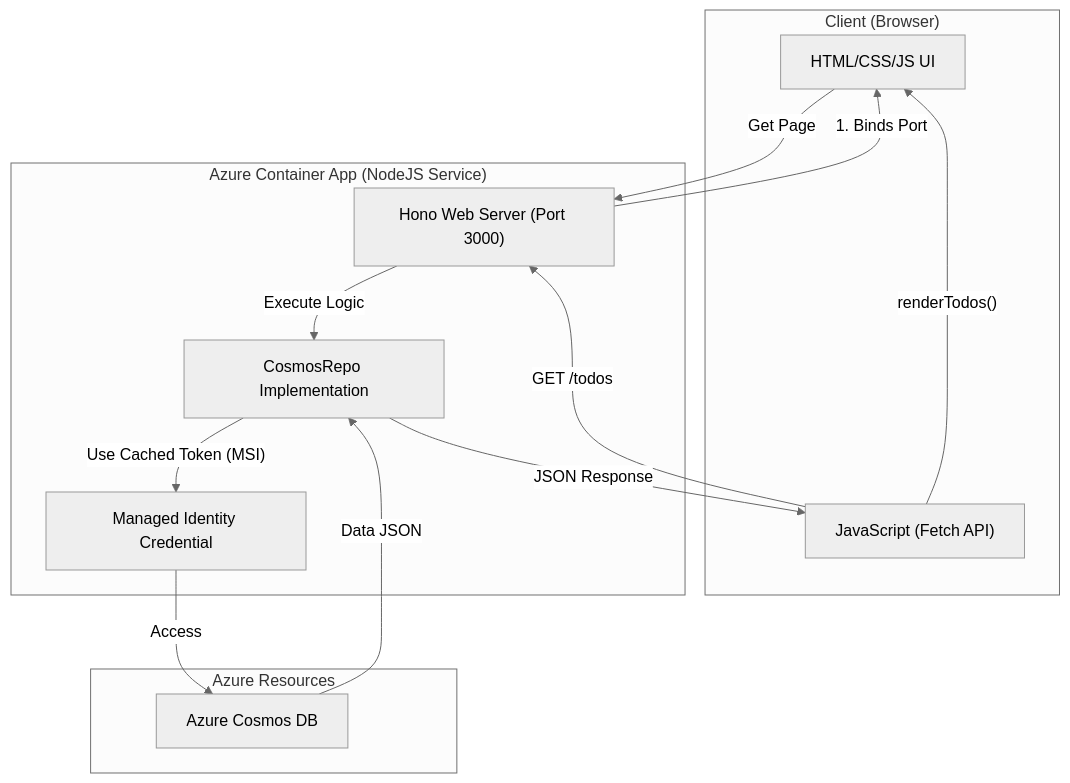
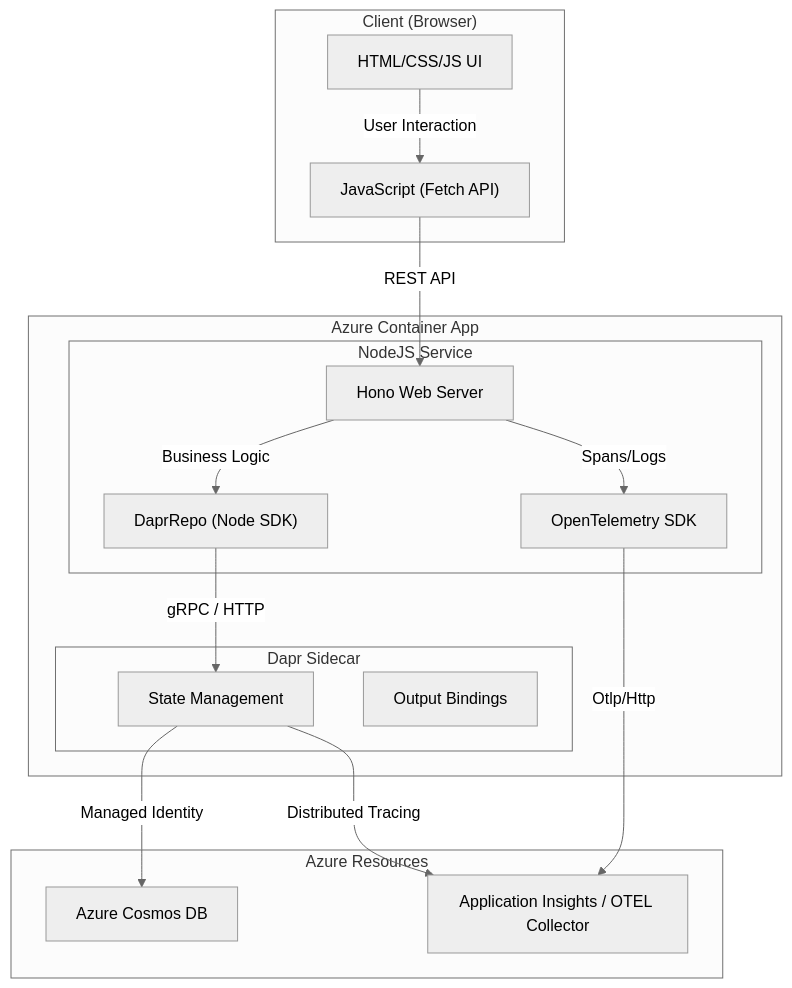
One commit to yoonghan/az-walcron changed the diagram in README.md. Above: the diagram before and after it, drawn with Mermaid (neutral theme). The commit also changed other lines of this file, not shown here.

Commit message:
Update flow.

````diff
--- a/README.md
+++ b/README.md
@@ -56,30 +55,37 @@
 ```mermaid
 graph TD
     subgraph "Client (Browser)"
         UI["HTML/CSS/JS UI"]
         JS["JavaScript (Fetch API)"]
     end
 
-    subgraph "Azure Container App (NodeJS Service)"
-        Hono["Hono Web Server (Port 3000)"]
-        Repo["CosmosRepo Implementation"]
-        Auth["Managed Identity Credential"]
+    subgraph "Azure Container App"
+        subgraph "NodeJS Service"
+            Hono["Hono Web Server"]
+            Repo["DaprRepo (Node SDK)"]
+            OTEL["OpenTelemetry SDK"]
+        end
+        
+        subgraph "Dapr Sidecar"
+            State["State Management"]
+            Binding["Output Bindings"]
+        end
     end
 
     subgraph "Azure Resources"
         Cosmos["Azure Cosmos DB"]
+        AppInsights["Application Insights / OTEL Collector"]
     end
 
-    %% Initialization Flow
-    Hono -- "1. Binds Port" --> UI
-
     %% Request Flow
-    UI -- "Get Page" --> Hono
-    JS -- "GET /todos" --> Hono
-    Hono -- "Execute Logic" --> Repo
-    Repo -- "Use Cached Token (MSI)" --> Auth
-    Auth -- "Access" --> Cosmos
-    Cosmos -- "Data JSON" --> Repo
-    Repo -- "JSON Response" --> JS
-    JS -- "renderTodos()" --> UI
+    UI -- "User Interaction" --> JS
+    JS -- "REST API" --> Hono
+    Hono -- "Business Logic" --> Repo
+    Repo -- "gRPC / HTTP" --> State
+    State -- "Managed Identity" --> Cosmos
+    
+    %% Telemetry Flow
+    Hono -- "Spans/Logs" --> OTEL
+    OTEL -- "Otlp/Http" --> AppInsights
+    State -- "Distributed Tracing" --> AppInsights
 ```
````
